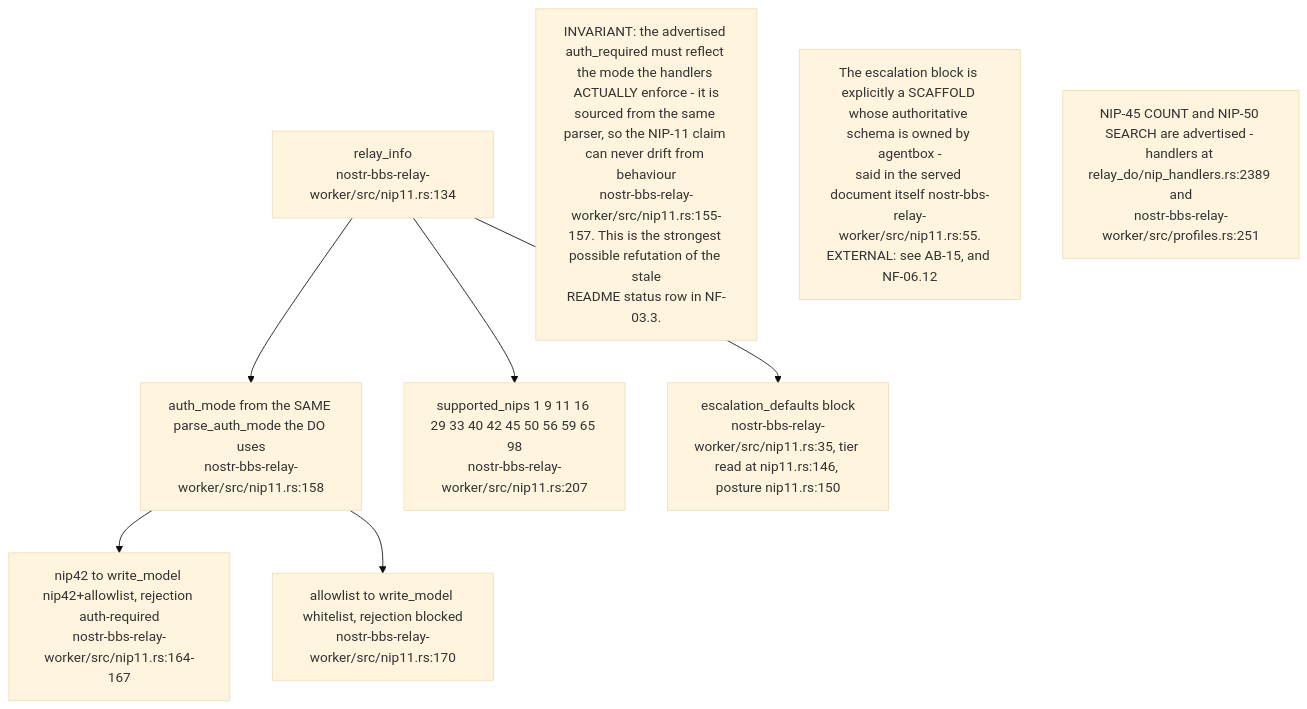
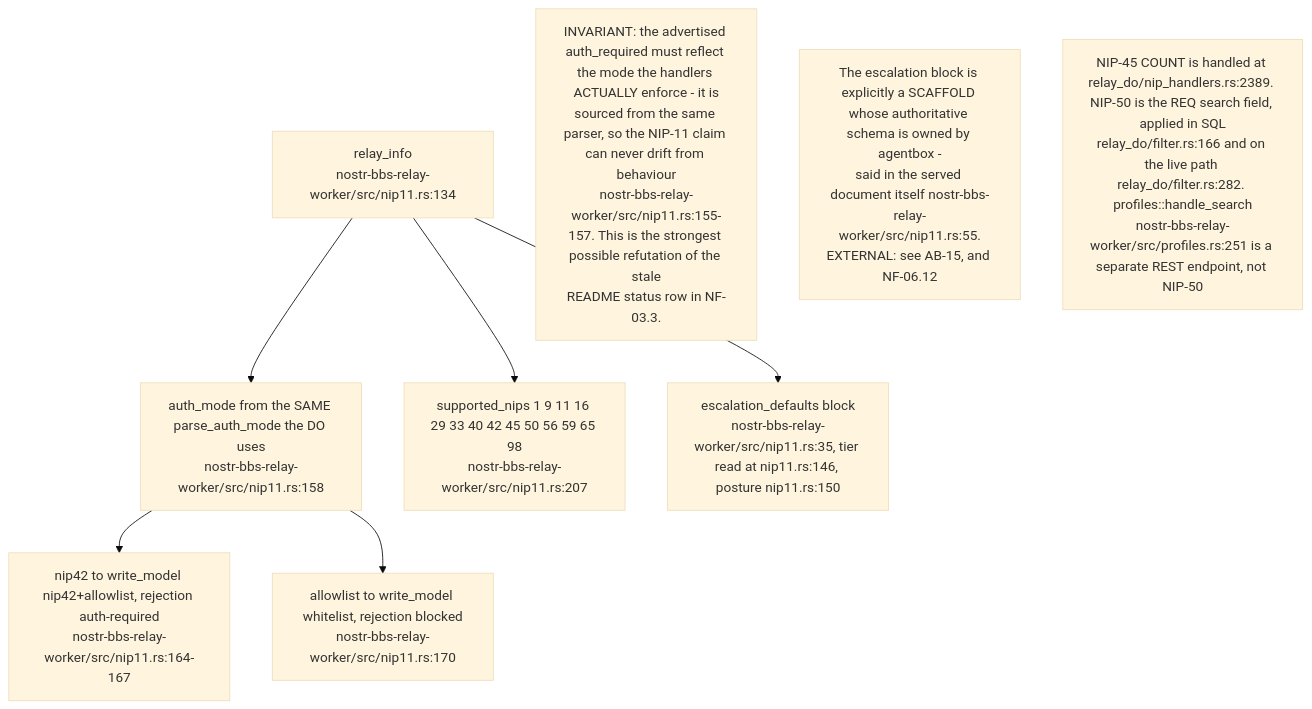
Diagram 13 of 16 in docs/diagrams/nostr-rust-forum/11-relay-durable-object-internals.md (DreamLab-AI/VisionFlow), drawn with Mermaid (base theme) before and after one commit. The commit also changed other lines of this file and 91 other files, not shown here.

````diff
--- a/docs/diagrams/nostr-rust-forum/11-relay-durable-object-internals.md
+++ b/docs/diagrams/nostr-rust-forum/11-relay-durable-object-internals.md
@@ -411,17 +421,17 @@
 ```mermaid
 flowchart TB
     RI["relay_info<br/>nostr-bbs-relay-worker/src/nip11.rs:134"]
     AM["auth_mode from the SAME parse_auth_mode the DO uses<br/>nostr-bbs-relay-worker/src/nip11.rs:158"]
     LBL["nip42 to write_model nip42+allowlist, rejection auth-required<br/>nostr-bbs-relay-worker/src/nip11.rs:164-167"]
     ALT["allowlist to write_model whitelist, rejection blocked<br/>nostr-bbs-relay-worker/src/nip11.rs:170"]
     NIPS["supported_nips 1 9 11 16 29 33 40 42 45 50 56 59 65 98<br/>nostr-bbs-relay-worker/src/nip11.rs:207"]
     ESC["escalation_defaults block<br/>nostr-bbs-relay-worker/src/nip11.rs:35, tier read at nip11.rs:146, posture nip11.rs:150"]
 
     RI --> AM --> LBL
     AM --> ALT
     RI --> NIPS & ESC
 
     N1["INVARIANT: the advertised auth_required must reflect the mode the handlers ACTUALLY enforce - it is<br/>sourced from the same parser, so the NIP-11 claim can never drift from behaviour<br/>nostr-bbs-relay-worker/src/nip11.rs:155-157. This is the strongest possible refutation of the stale<br/>README status row in NF-03.3."]
     N2["The escalation block is explicitly a SCAFFOLD whose authoritative schema is owned by agentbox -<br/>said in the served document itself nostr-bbs-relay-worker/src/nip11.rs:55.<br/>EXTERNAL: see AB-15, and NF-06.12"]
-    N3["NIP-45 COUNT and NIP-50 SEARCH are advertised - handlers at relay_do/nip_handlers.rs:2389 and<br/>nostr-bbs-relay-worker/src/profiles.rs:251"]
+    N3["NIP-45 COUNT is handled at relay_do/nip_handlers.rs:2389. NIP-50 is the REQ search field, applied in SQL<br/>relay_do/filter.rs:166 and on the live path relay_do/filter.rs:282. profiles::handle_search<br/>nostr-bbs-relay-worker/src/profiles.rs:251 is a separate REST endpoint, not NIP-50"]
 ```
````
